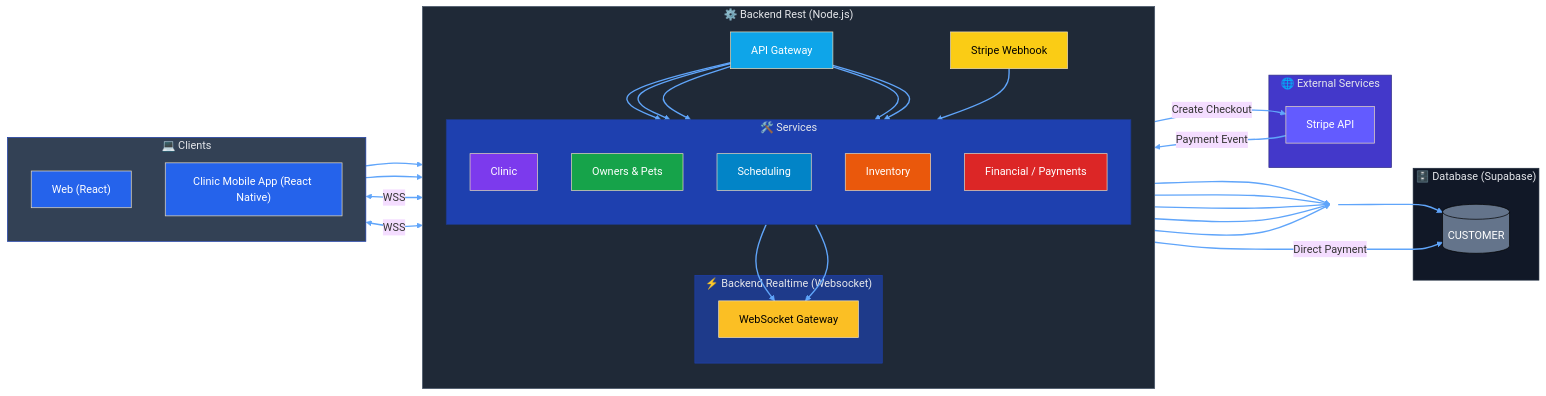
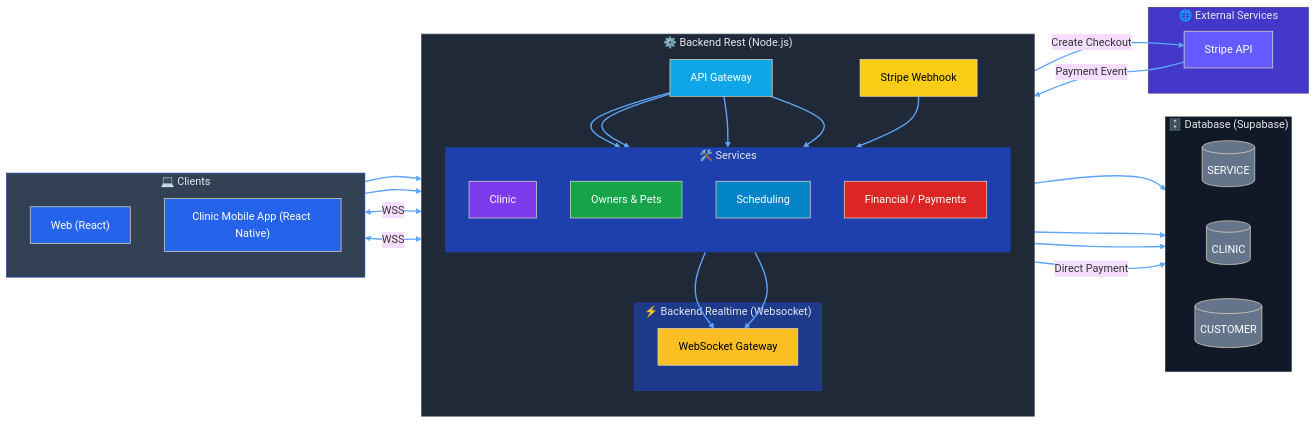
The second of 2 diagrams in docs/contexto.md (ICEI-PUC-Minas-PMV-SI/pmv-si-2026-1-pe6-t1-t1-g5-pet-shop), drawn with Mermaid before and after one commit.

Commit message:
doc: final edit

````diff
--- a/docs/contexto.md
+++ b/docs/contexto.md
@@ -561,18 +561,13 @@
-```mermaid
+``` mermaid
 %%{init: {'theme':'base','themeVariables':{'background':'#0F172A'}}}%%
 flowchart LR
 
-%% Title
-%% Pet Flow - System Design
-
-%% Clients
 subgraph CLIENTS["💻 Clients"]
 direction TB
 WEB["Web (React)"]
 MOBILE["Clinic Mobile App (React Native)"]
 end
 
-%% Backend
 subgraph BACKEND["⚙️ Backend Rest (Node.js)"]
 direction TB
 API["API Gateway"]
@@ -583,22 +578,20 @@
 
 subgraph SERVICES["🛠️ Services"]
 direction TB
-CLINIC["Clinic"]
-CUSTOMER["Owners & Pets"]
+CLINIC_SERVICE["Clinic"]
+CUSTOMER_SERVICE["Owners & Pets"]
 SCHEDULE["Scheduling"]
-STOCK["Inventory"]
 FINANCIAL["Financial / Payments"]
 end
 
 WEBHOOK["Stripe Webhook"]
 end
 
-SPACER1([" "]):::invisible
-
 subgraph DATA["🗄️ Database (Supabase)"]
-DB[(SERVICE)]
-DB[(CLINIC)]
-DB[(CUSTOMER)]
+direction LR
+SERVICE_DB[(SERVICE)]
+CLINIC_DB[(CLINIC)]
+CUSTOMER_DB[(CUSTOMER)]
 end
 
 subgraph EXTERNAL["🌐 External Services"]
@@ -611,17 +604,14 @@
 WEB <-->|WSS| WS
 MOBILE <-->|WSS| WS
 
-API --> CLINIC
-API --> CUSTOMER
+API --> CLINIC_SERVICE
+API --> CUSTOMER_SERVICE
 API --> SCHEDULE
-API --> STOCK
 API --> FINANCIAL
 
-CLINIC --> SPACER1 --> DB
-CUSTOMER --> SPACER1
-SCHEDULE --> SPACER1
-STOCK --> SPACER1
-FINANCIAL --> SPACER1
+CLINIC_SERVICE --> CLINIC_DB
+CUSTOMER_SERVICE --> CUSTOMER_DB
+FINANCIAL --> SERVICE_DB
 
 SCHEDULE --> WS
 FINANCIAL --> WS
@@ -630,7 +620,7 @@
 STRIPE -->|Payment Event| WEBHOOK
 WEBHOOK --> FINANCIAL
 
-FINANCIAL -->|Direct Payment| DB
+FINANCIAL -->|Direct Payment| SERVICE_DB
 
 %% Styles
 style CLIENTS fill:#334155,stroke:#1E40AF,color:#E5E7EB
@@ -644,17 +634,18 @@
 style MOBILE fill:#2563EB,color:#fff
 style API fill:#0EA5E9,color:#fff
 style WS fill:#FBBF24,color:#000
-style CLINIC fill:#7C3AED,color:#fff
-style CUSTOMER fill:#16A34A,color:#fff
+
+style CLINIC_SERVICE fill:#7C3AED,color:#fff
+style CUSTOMER_SERVICE fill:#16A34A,color:#fff
 style SCHEDULE fill:#0284C7,color:#fff
-style STOCK fill:#EA580C,color:#fff
 style FINANCIAL fill:#DC2626,color:#fff
+
 style WEBHOOK fill:#FACC15,color:#000
-style DB fill:#64748B,stroke:#000,color:#fff
+style STRIPE fill:#635BFF,color:#fff
 
-style SPACER1 fill:none,stroke:none
-
-style STRIPE fill:#635BFF,color:#fff
+style SERVICE_DB fill:#64748B,color:#fff
+style CLINIC_DB fill:#64748B,color:#fff
+style CUSTOMER_DB fill:#64748B,color:#fff
 
 linkStyle default stroke:#60A5FA,stroke-width:2px
 ```
````
